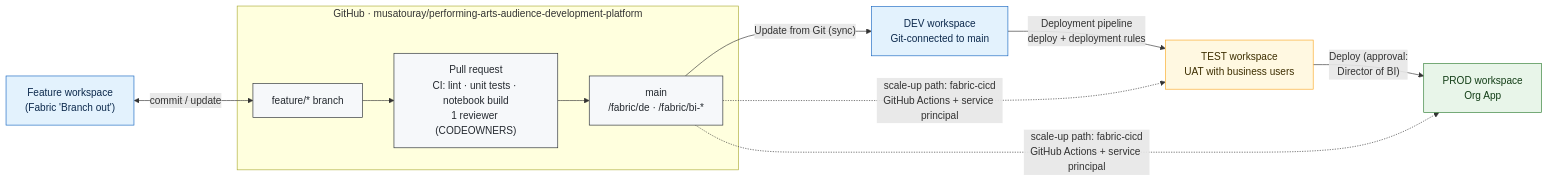
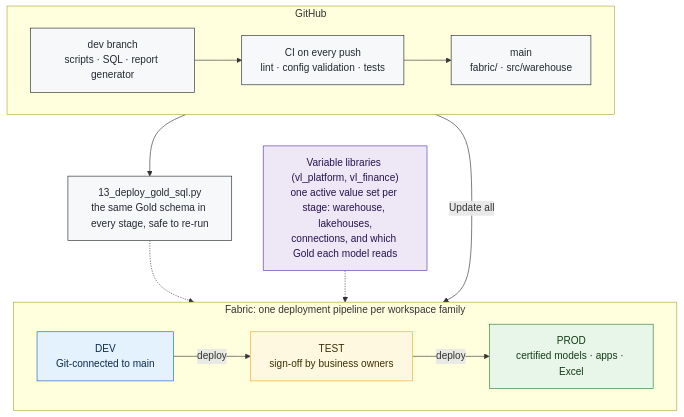
Before and after one commit to musatouray/performing-arts-audience-development-platform: the diagram in docs/diagrams/src/03-cicd-flow.mmd, drawn with Mermaid. The commit also changed 25 other files, not shown here.

Commit message:
Final docs: operator manual, README, specs and diagrams updated, stale files removed

```diff
--- a/docs/diagrams/src/03-cicd-flow.mmd
+++ b/docs/diagrams/src/03-cicd-flow.mmd
@@ -1,24 +1,25 @@
-%% CI/CD: Git integration on DEV + deployment pipelines to TEST/PROD
-flowchart LR
+%% CI/CD: Git integration on DEV, deployment pipelines to TEST/PROD, stage values from variable libraries
+flowchart TB
   classDef gh fill:#F6F8FA,stroke:#24292F,color:#24292F
   classDef dev fill:#E3F2FD,stroke:#1565C0,color:#0D2A4D
   classDef test fill:#FFF8E1,stroke:#F9A825,color:#3D2E00
   classDef prod fill:#E8F5E9,stroke:#2E7D32,color:#123D16
+  classDef vl fill:#EDE7F6,stroke:#5E35B1,color:#26134D
 
-  subgraph GH["GitHub · musatouray/performing-arts-audience-development-platform"]
-    FB["feature/* branch"]:::gh
-    PR["Pull request<br/>CI: lint · unit tests · notebook build<br/>1 reviewer (CODEOWNERS)"]:::gh
-    MAIN["main<br/>/fabric/de · /fabric/bi-*"]:::gh
+  subgraph GH["GitHub"]
+    direction LR
+    FB["dev branch<br/>scripts · SQL · report generator"]:::gh --> PR["CI on every push<br/>lint · config validation · tests"]:::gh --> MAIN["main<br/>fabric/ · src/warehouse"]:::gh
   end
 
-  FW["Feature workspace<br/>(Fabric 'Branch out')"]:::dev
-  DEV["DEV workspace<br/>Git-connected to main"]:::dev
-  TEST["TEST workspace<br/>UAT with business users"]:::test
-  PROD["PROD workspace<br/>Org App"]:::prod
+  subgraph FAB["Fabric: one deployment pipeline per workspace family"]
+    direction LR
+    DEV["DEV<br/>Git-connected to main"]:::dev -- "deploy" --> TEST["TEST<br/>sign-off by business owners"]:::test -- "deploy" --> PROD["PROD<br/>certified models · apps · Excel"]:::prod
+  end
 
-  FW <-- "commit / update" --> FB
-  FB --> PR --> MAIN
-  MAIN -- "Update from Git (sync)" --> DEV
-  DEV -- "Deployment pipeline<br/>deploy + deployment rules" --> TEST
-  TEST -- "Deploy (approval:<br/>Director of BI)" --> PROD
-  MAIN -. "scale-up path: fabric-cicd<br/>GitHub Actions + service principal" .-> TEST & PROD
+  VL["Variable libraries (vl_platform, vl_finance)<br/>one active value set per stage: warehouse, lakehouses,<br/>connections, and which Gold each model reads"]:::vl
+  SQL["13_deploy_gold_sql.py<br/>the same Gold schema in every stage, safe to re-run"]:::gh
+
+  MAIN -- "Update all" --> DEV
+  MAIN --> SQL
+  SQL -.-> FAB
+  VL -.-> FAB
```
